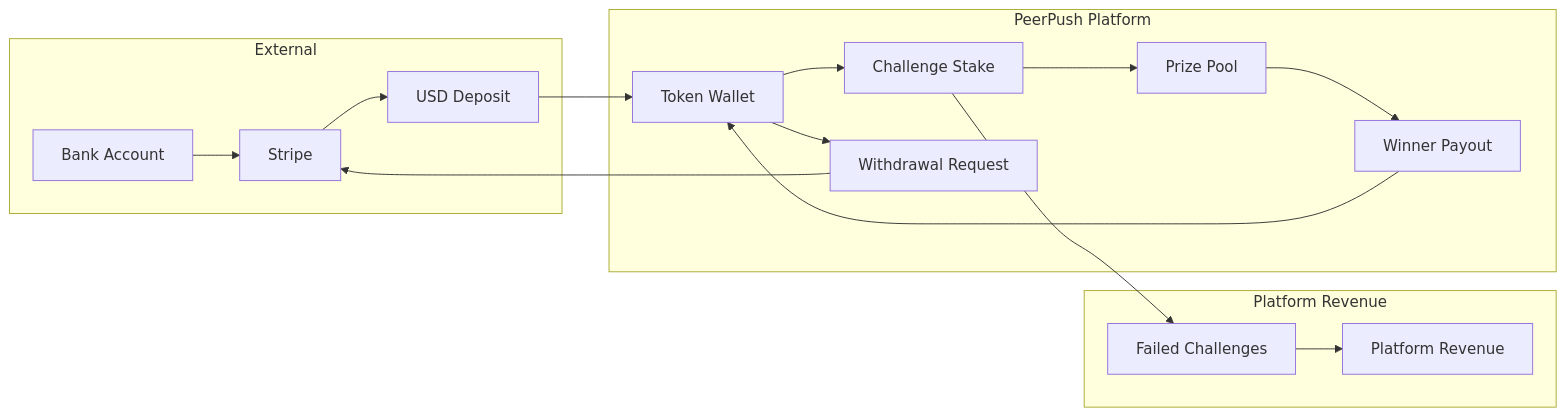
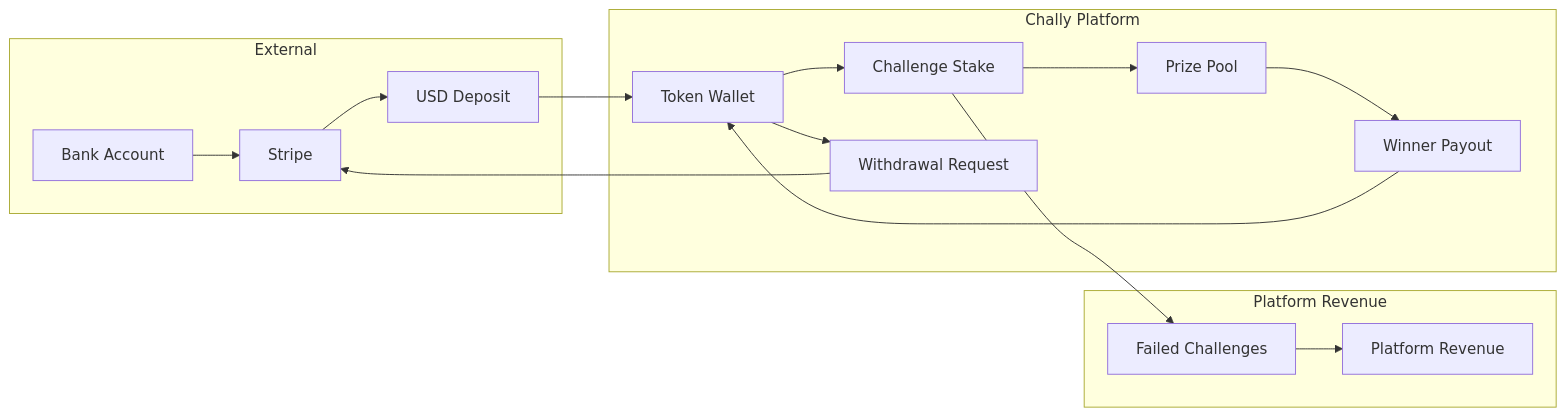
One commit to 2bTwist/chally changed the third of 5 diagrams in docs/README.md. Above: the diagram before and after it, drawn with Mermaid. The commit also changed 18 other files, not shown here.

````diff
--- a/docs/README.md
+++ b/docs/README.md
@@ -110,22 +110,22 @@
 ```mermaid
 graph LR
     subgraph "External"
         A[Bank Account] --> B[Stripe]
         B --> C[USD Deposit]
     end
     
-    subgraph "PeerPush Platform"
+    subgraph "Chally Platform"
         C --> D[Token Wallet]
         D --> E[Challenge Stake]
         E --> F[Prize Pool]
         F --> G[Winner Payout]
         G --> D
         D --> H[Withdrawal Request]
         H --> B
     end
     
     subgraph "Platform Revenue"
         E --> I[Failed Challenges]
         I --> J[Platform Revenue]
     end
 ```
````
